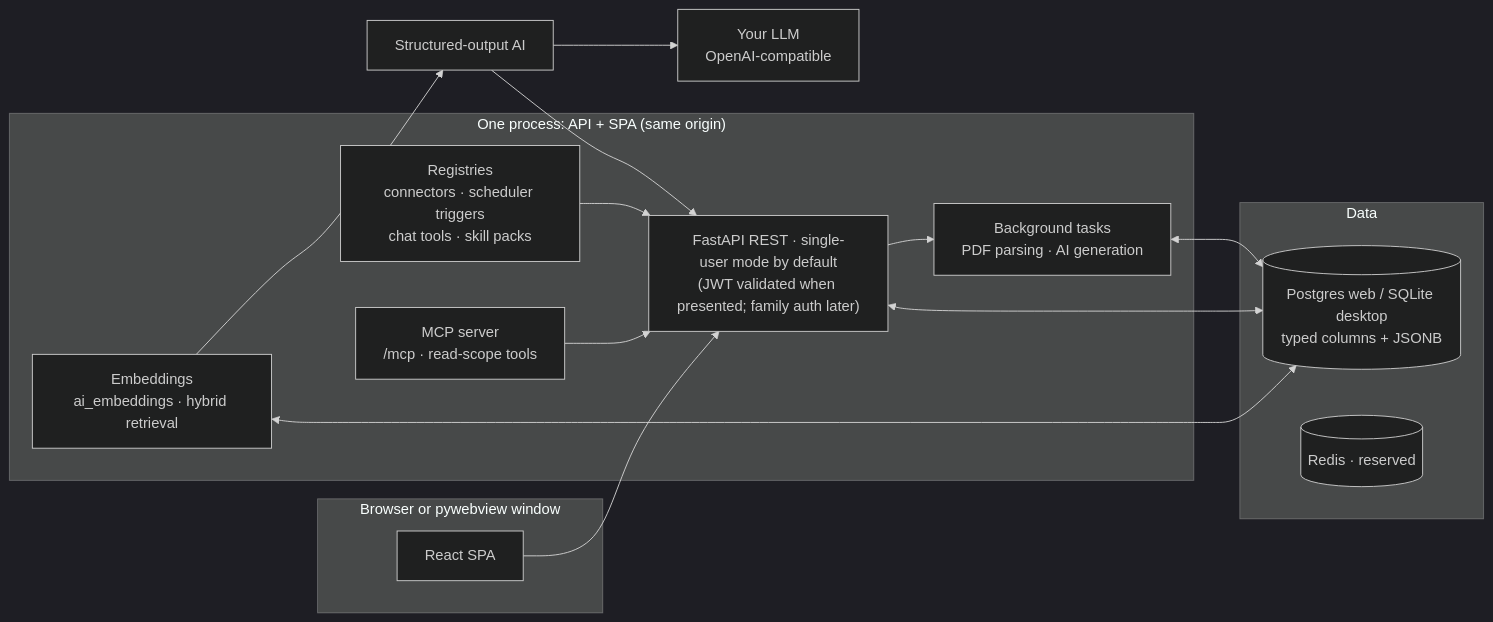
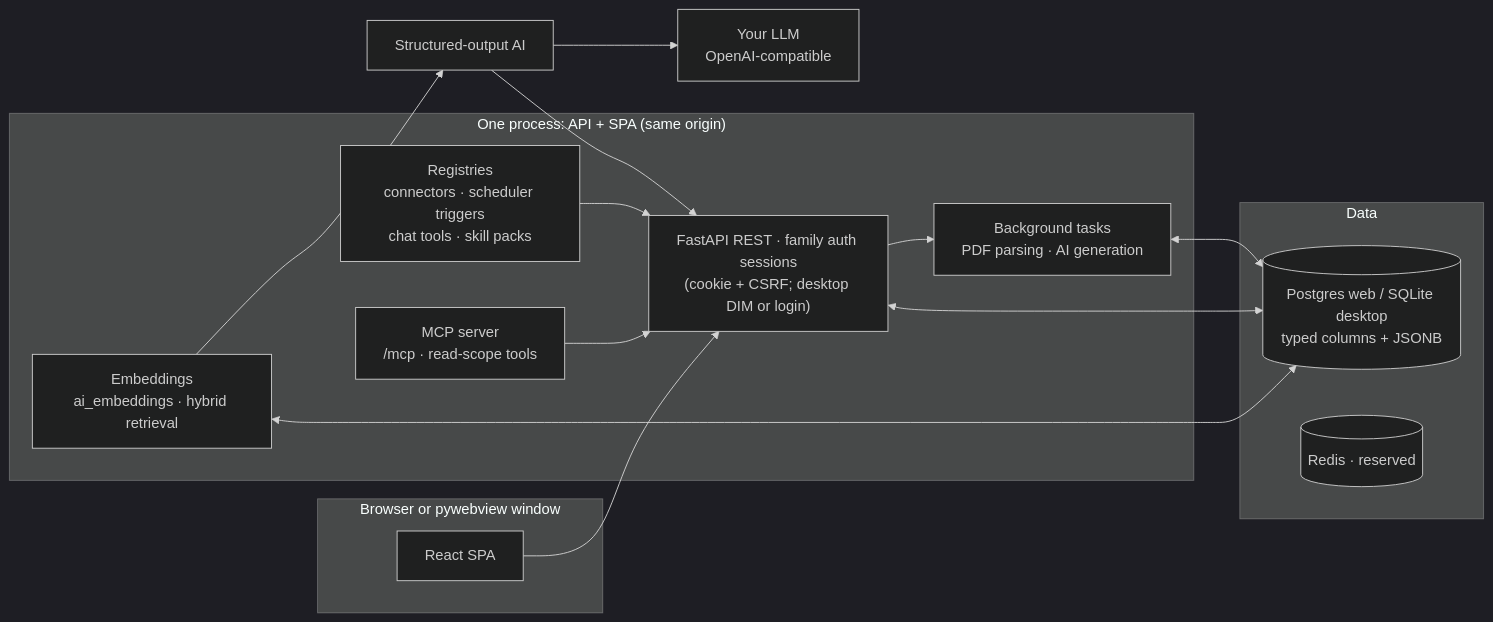
Before and after one commit to neuronection/career-assistant: the diagram in docs/dev/architecture.md, drawn with Mermaid (dark theme). The commit also changed other lines of this file and 180 other files, not shown here.

````diff
--- a/docs/dev/architecture.md
+++ b/docs/dev/architecture.md
@@ -27,29 +27,29 @@
 ```mermaid
 flowchart LR
     subgraph Client["Browser or pywebview window"]
         FE[React SPA]
     end
     subgraph Server["One process: API + SPA (same origin)"]
-        API["FastAPI REST · single-user mode by default<br/>(JWT validated when presented; family auth later)"]
+        API["FastAPI REST · family auth sessions<br/>(cookie + CSRF; desktop DIM or login)"]
         BG[Background tasks<br/>PDF parsing · AI generation]
         REG[Registries<br/>connectors · scheduler triggers<br/>chat tools · skill packs]
         MCP[MCP server<br/>/mcp · read-scope tools]
         EMB[Embeddings<br/>ai_embeddings · hybrid retrieval]
     end
     subgraph Data
         DB[(Postgres web / SQLite desktop<br/>typed columns + JSONB)]
         RQ[(Redis · reserved)]
     end
     LLM[Your LLM<br/>OpenAI-compatible]
 
     FE --> API
     API <--> DB
     API --> BG
     BG <--> DB
     REG --> API
     AG[Structured-output AI] --> LLM
     AG --> API
     MCP --> API
     EMB <--> DB
     EMB --> AG
 ```
````
